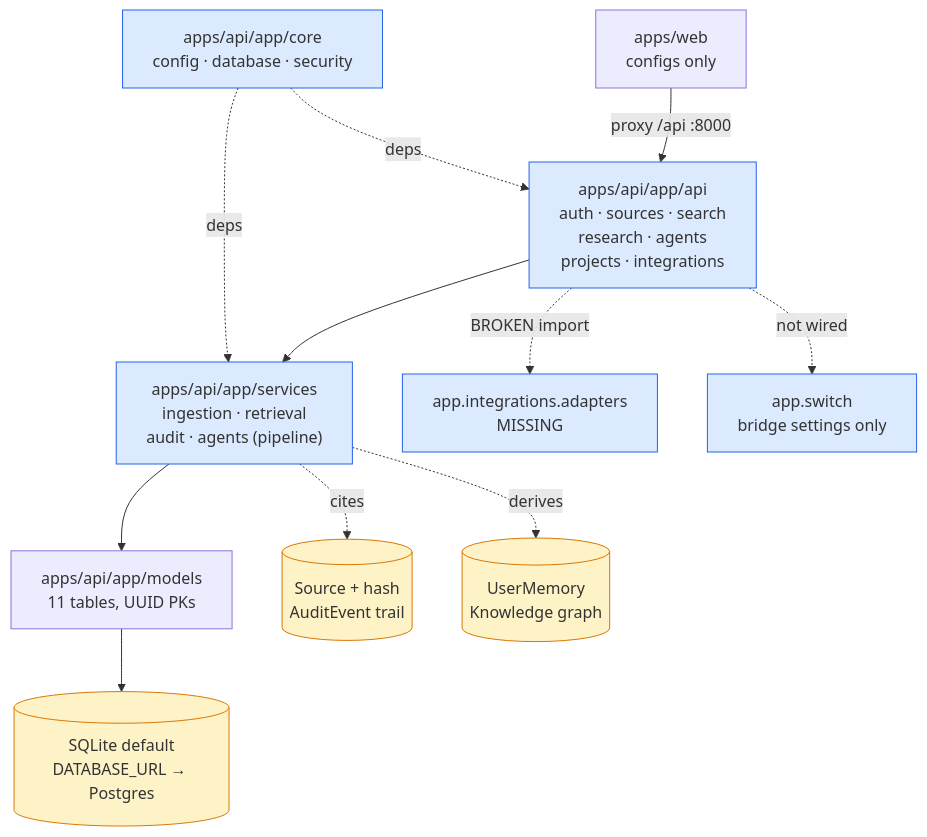
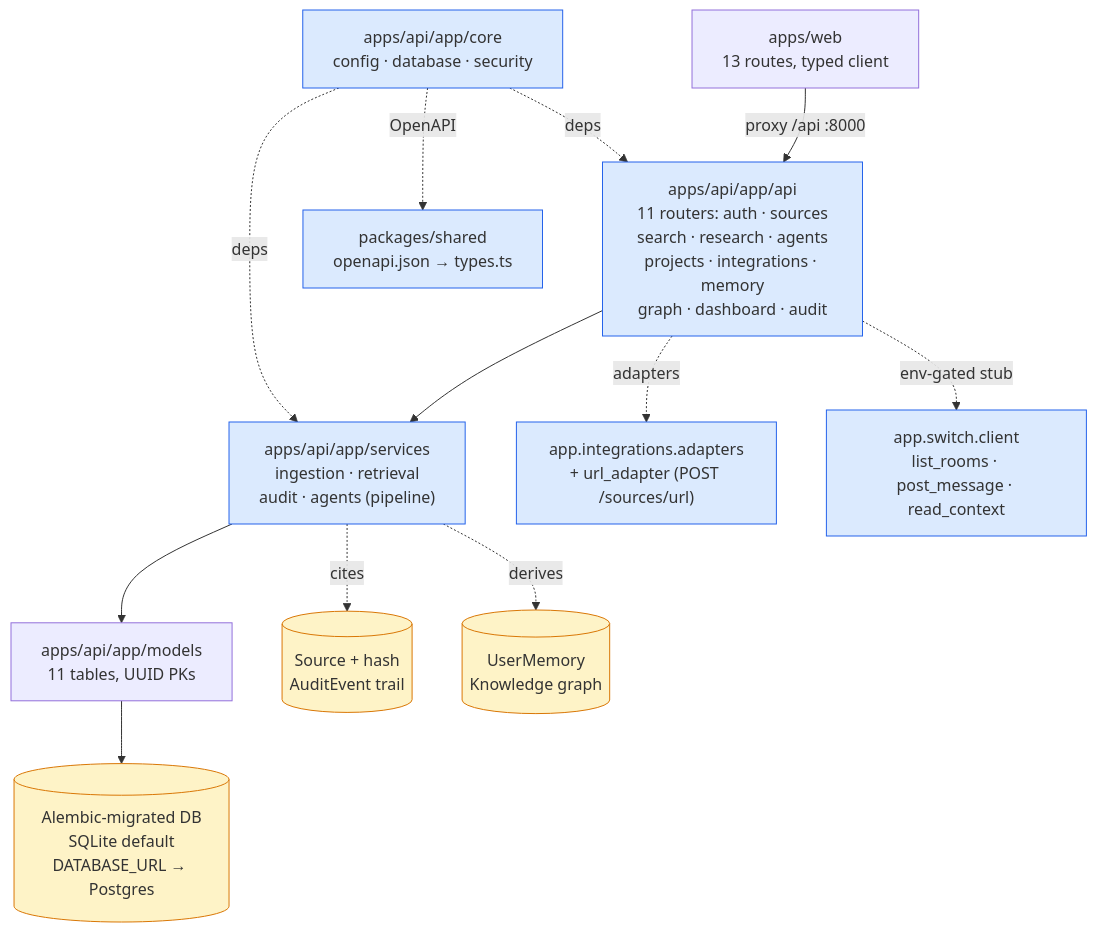
One commit to FiscalMindset/brain changed the diagram in CURRENT.md. Above: the diagram before and after it, drawn with Mermaid. The commit also changed other lines of this file and 8 other files, not shown here.

````diff
--- a/CURRENT.md
+++ b/CURRENT.md
@@ -60,18 +70,19 @@
 ```mermaid
 flowchart TB
-    WEB["apps/web<br/>configs only"] -->|"proxy /api :8000"| ROUT["apps/api/app/api<br/>auth · sources · search<br/>research · agents<br/>projects · integrations"]
+    WEB["apps/web<br/>13 routes, typed client"] -->|"proxy /api :8000"| ROUT["apps/api/app/api<br/>11 routers: auth · sources<br/>search · research · agents<br/>projects · integrations · memory<br/>graph · dashboard · audit"]
     ROUT --> SVC["apps/api/app/services<br/>ingestion · retrieval<br/>audit · agents (pipeline)"]
     SVC --> MDL["apps/api/app/models<br/>11 tables, UUID PKs"]
-    MDL --> DB[("SQLite default<br/>DATABASE_URL → Postgres")]
+    MDL --> DB[("Alembic-migrated DB<br/>SQLite default<br/>DATABASE_URL → Postgres")]
     CORE["apps/api/app/core<br/>config · database · security"] -.->|"deps"| ROUT
     CORE -.->|"deps"| SVC
     SVC -.->|"cites"| PROV[("Source + hash<br/>AuditEvent trail")]
     SVC -.->|"derives"| MEM[("UserMemory<br/>Knowledge graph")]
-    ROUT -.->|"BROKEN import"| ADAPT["app.integrations.adapters<br/>MISSING"]
-    ROUT -.->|"not wired"| SW["app.switch<br/>bridge settings only"]
+    ROUT -.->|"adapters"| ADAPT["app.integrations.adapters<br/>+ url_adapter (POST /sources/url)"]
+    ROUT -.->|"env-gated stub"| SW["app.switch.client<br/>list_rooms · post_message · read_context"]
+    CORE -.->|"OpenAPI"| SH["packages/shared<br/>openapi.json → types.ts"]
 
     classDef core fill:#dbeafe,stroke:#2563eb
     classDef data fill:#fef3c7,stroke:#d97706
-    class CORE,ROUT,SVC,SW,ADAPT core
+    class CORE,ROUT,SVC,SW,ADAPT,SH core
     class DB,PROV,MEM data
 ```
````
